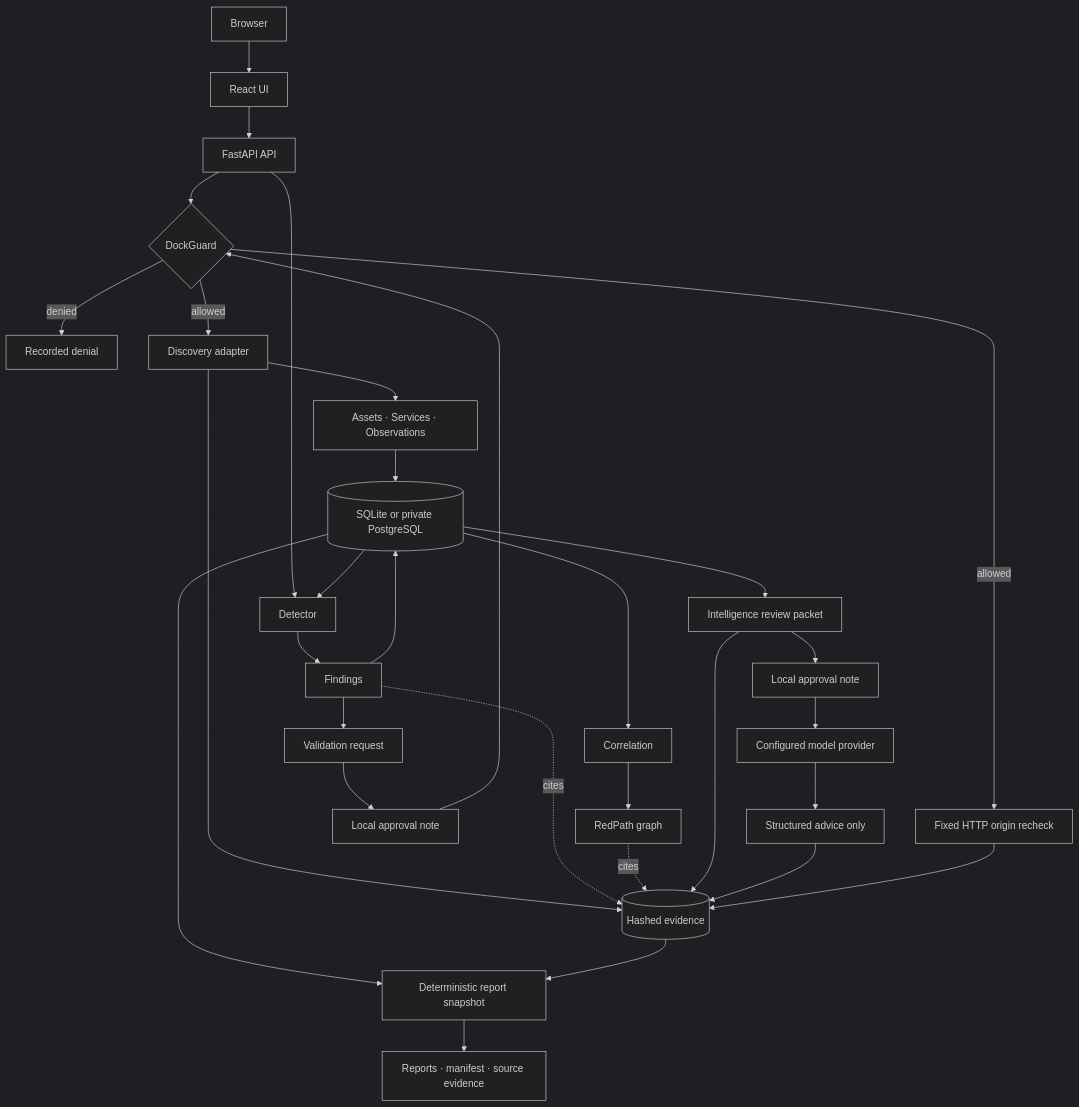
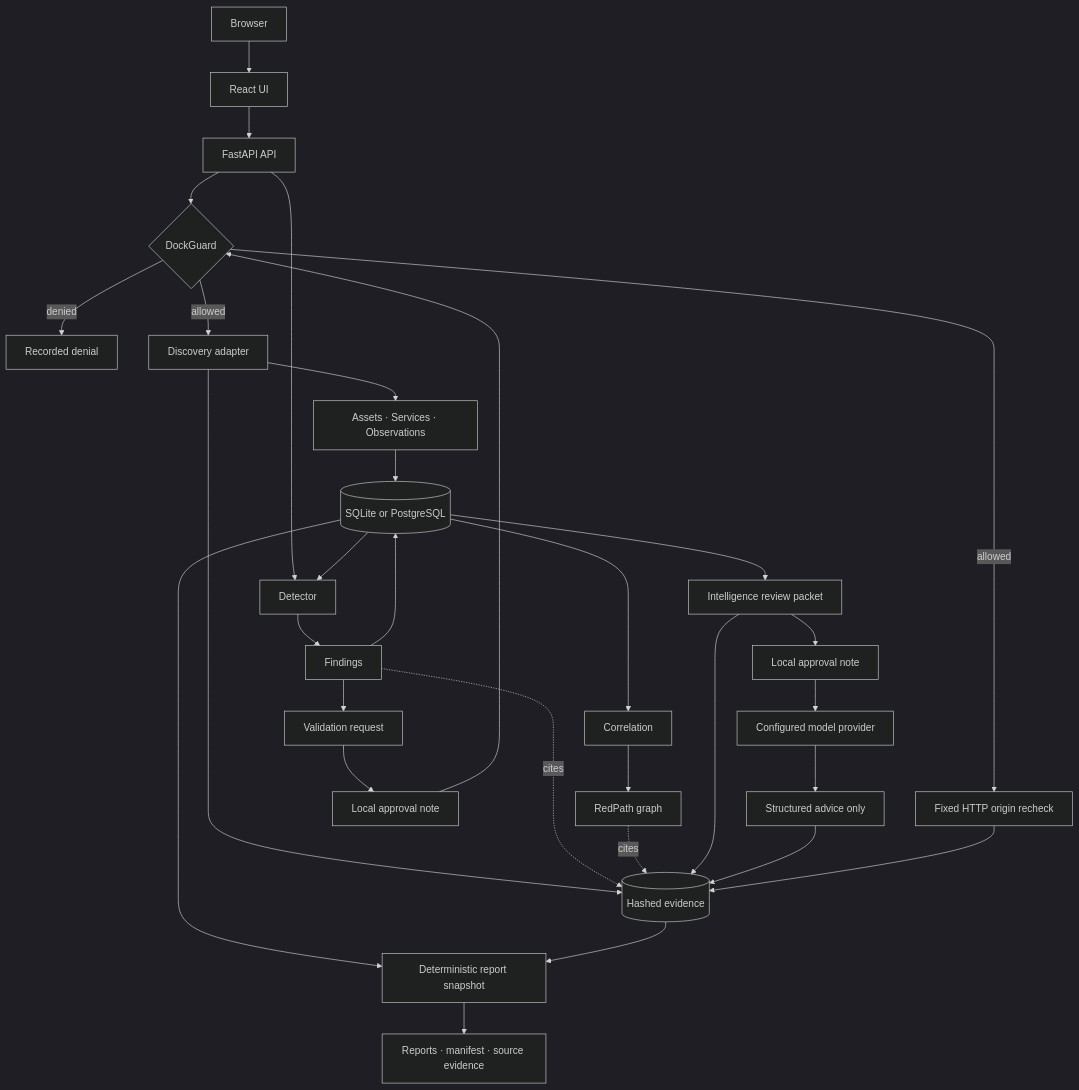
One commit to chriswayneh/RedDock changed the diagram in README.md. Above: the diagram before and after it, drawn with Mermaid (dark theme). The commit also changed other lines of this file and 56 other files, not shown here.

````diff
--- a/README.md
+++ b/README.md
@@ -265,33 +271,33 @@
 ```mermaid
 flowchart TB
   Browser[Browser] --> UI[React UI]
   UI --> API[FastAPI API]
   API --> Guard{DockGuard}
   Guard -->|denied| Audit[Recorded denial]
   Guard -->|allowed| Adapter[Discovery adapter]
   Adapter --> Normalize[Assets · Services · Observations]
-  Normalize --> Database[(SQLite or private PostgreSQL)]
+  Normalize --> Database[(SQLite or PostgreSQL)]
   Adapter --> Evidence[(Hashed evidence)]
   API --> Detect[Detector]
   Database --> Detect
   Detect --> Findings[Findings]
   Findings --> Database
   Findings -.cites.-> Evidence
   Database --> Correlate[Correlation]
   Correlate --> RedPath[RedPath graph]
   RedPath -.cites.-> Evidence
   Database --> Packet[Intelligence review packet]
   Packet --> Approval2[Local approval note]
   Approval2 --> Model[Configured model provider]
   Model --> Advice[Structured advice only]
   Packet --> Evidence
   Advice --> Evidence
   Database --> Report[Deterministic report snapshot]
   Evidence --> Report
   Report --> DockPack[Reports · manifest · source evidence]
   Findings --> Request[Validation request]
   Request --> Approval[Local approval note]
   Approval --> Guard
   Guard -->|allowed| Recheck[Fixed HTTP origin recheck]
   Recheck --> Evidence
 ```
````
